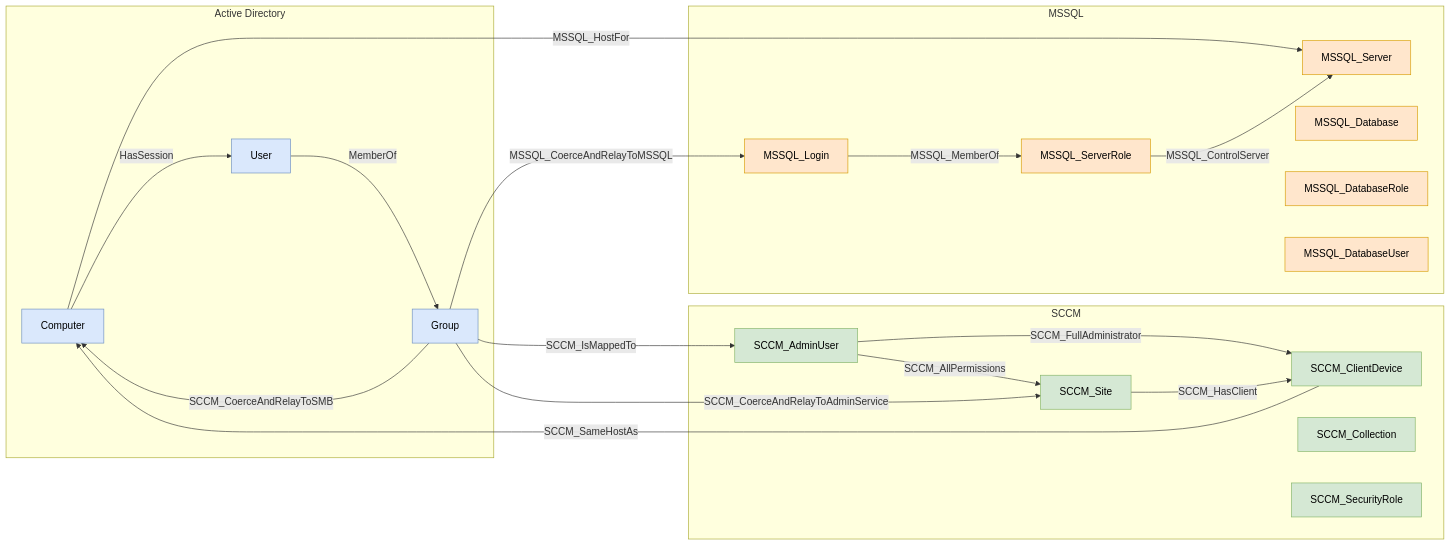
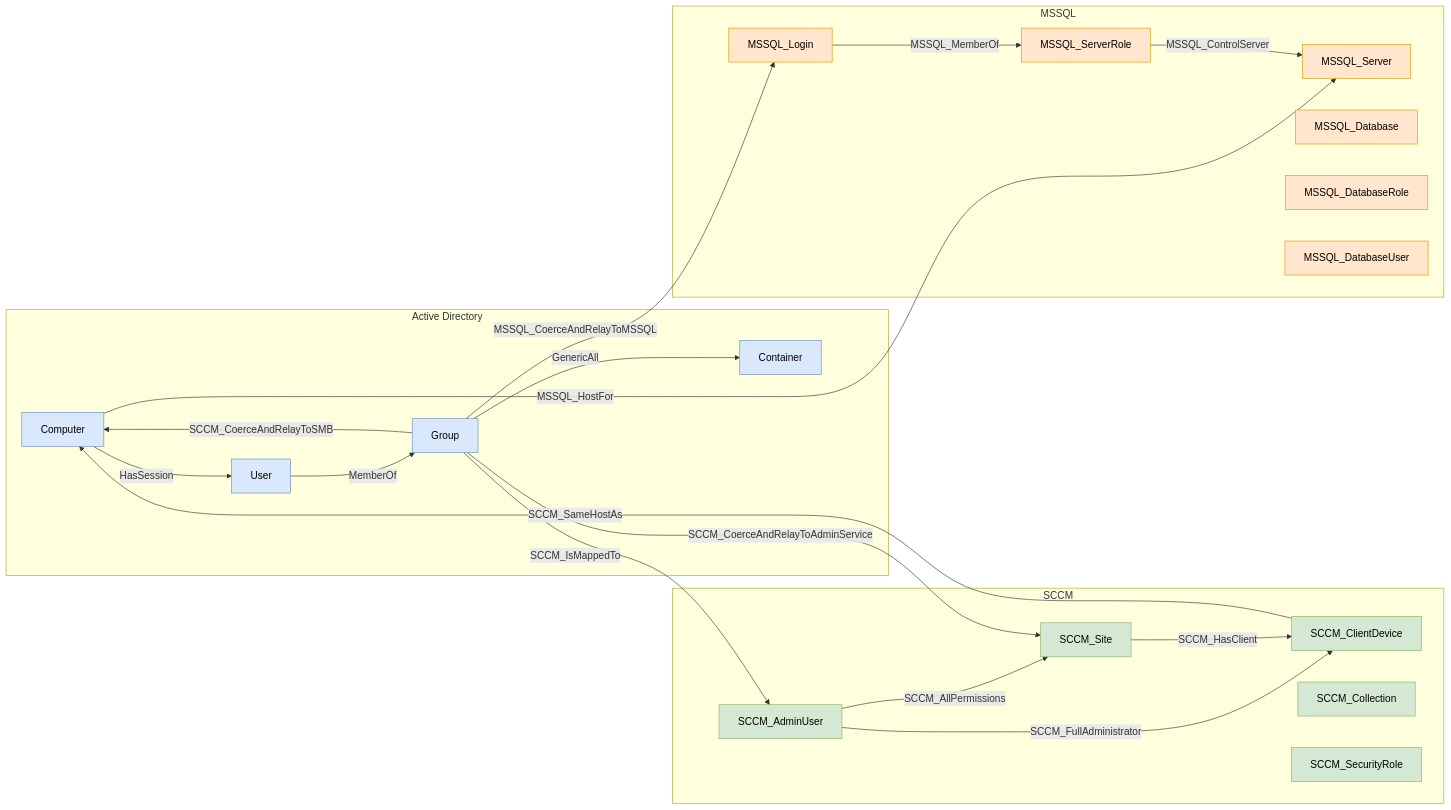
One commit to Mayyhem/OpenHound changed the second of 3 diagrams in sccm/sccm/README.md. Above: the diagram before and after it, drawn with Mermaid. The commit also changed other lines of this file and 544 other files, not shown here.

````diff
--- a/sccm/sccm/README.md
+++ b/sccm/sccm/README.md
@@ -609,43 +745,45 @@
 ```mermaid
 flowchart LR
     subgraph AD["Active Directory"]
         Computer
         User
         Group
+        Container
     end
     subgraph SCCM["SCCM"]
         SCCM_Site
         SCCM_ClientDevice
         SCCM_Collection
         SCCM_AdminUser
         SCCM_SecurityRole
     end
     subgraph MSSQL["MSSQL"]
         MSSQL_Server
         MSSQL_Database
         MSSQL_Login
         MSSQL_ServerRole
         MSSQL_DatabaseRole
         MSSQL_DatabaseUser
     end
     User -->|MemberOf| Group
+    Group -->|GenericAll| Container
     Computer -->|HasSession| User
     Group -->|SCCM_IsMappedTo| SCCM_AdminUser
     SCCM_AdminUser -->|SCCM_FullAdministrator| SCCM_ClientDevice
     SCCM_AdminUser -->|SCCM_AllPermissions| SCCM_Site
     SCCM_Site -->|SCCM_HasClient| SCCM_ClientDevice
     SCCM_ClientDevice -->|SCCM_SameHostAs| Computer
     Computer -->|MSSQL_HostFor| MSSQL_Server
     MSSQL_Login -->|MSSQL_MemberOf| MSSQL_ServerRole
     MSSQL_ServerRole -->|MSSQL_ControlServer| MSSQL_Server
     Group -->|SCCM_CoerceAndRelayToAdminService| SCCM_Site
     Group -->|MSSQL_CoerceAndRelayToMSSQL| MSSQL_Login
     Group -->|SCCM_CoerceAndRelayToSMB| Computer
 
     classDef ad fill:#dae8fc,stroke:#6c8ebf,color:#000;
     classDef sccm fill:#d5e8d4,stroke:#82b366,color:#000;
     classDef mssql fill:#ffe6cc,stroke:#d79b00,color:#000;
-    class Computer,User,Group ad;
+    class Computer,User,Group,Container ad;
     class SCCM_Site,SCCM_ClientDevice,SCCM_Collection,SCCM_AdminUser,SCCM_SecurityRole sccm;
     class MSSQL_Server,MSSQL_Database,MSSQL_ServerRole,MSSQL_DatabaseRole,MSSQL_Login,MSSQL_DatabaseUser mssql;
 ```
````
